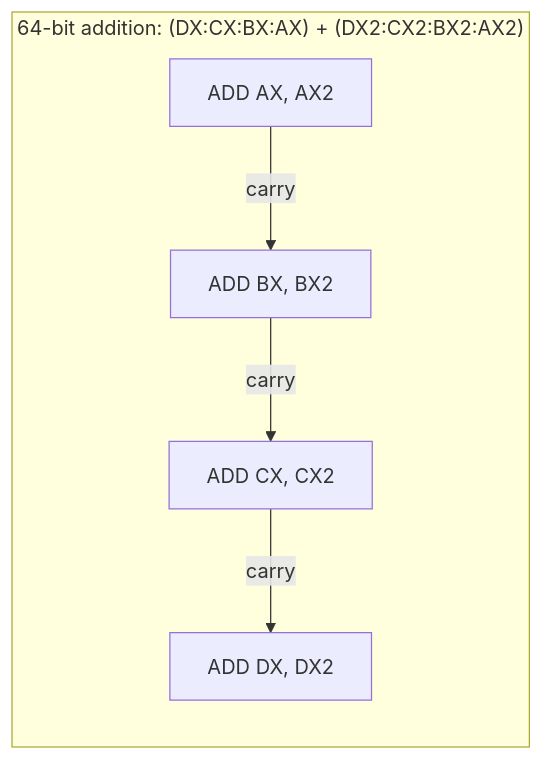
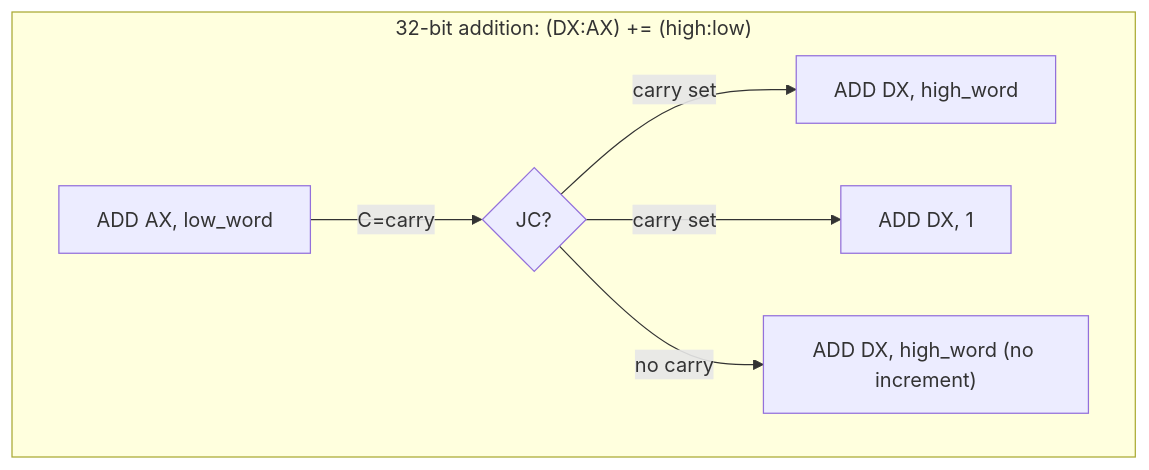
One commit to MinecAnton209/NovumOS-16bit changed the eighth of 20 diagrams in docs/en/isa/flags-behavior.md. Above: the diagram before and after it, drawn with Mermaid. The commit also changed other lines of this file and 20 other files, not shown here.

````diff
--- a/docs/en/isa/flags-behavior.md
+++ b/docs/en/isa/flags-behavior.md
@@ -322,8 +311,9 @@
 ```mermaid
-flowchart LR
-    subgraph "64-bit addition: (DX:CX:BX:AX) + (DX2:CX2:BX2:AX2)"
-        A1["ADD AX, AX2"] -->|carry| A2["ADD BX, BX2"]
-        A2 -->|carry| A3["ADD CX, CX2"]
-        A3 -->|carry| A4["ADD DX, DX2"]
+flowchart TD
+    subgraph "32-bit addition: (DX:AX) += (high:low)"
+        A1["ADD AX, low_word"] -->|"C=carry"| CHECK{JC?}
+        CHECK -->|"carry set"| C1["ADD DX, high_word"]
+        CHECK -->|"carry set"| C2["ADD DX, 1"]
+        CHECK -->|"no carry"| C3["ADD DX, high_word (no increment)"]
     end
 ```
````
